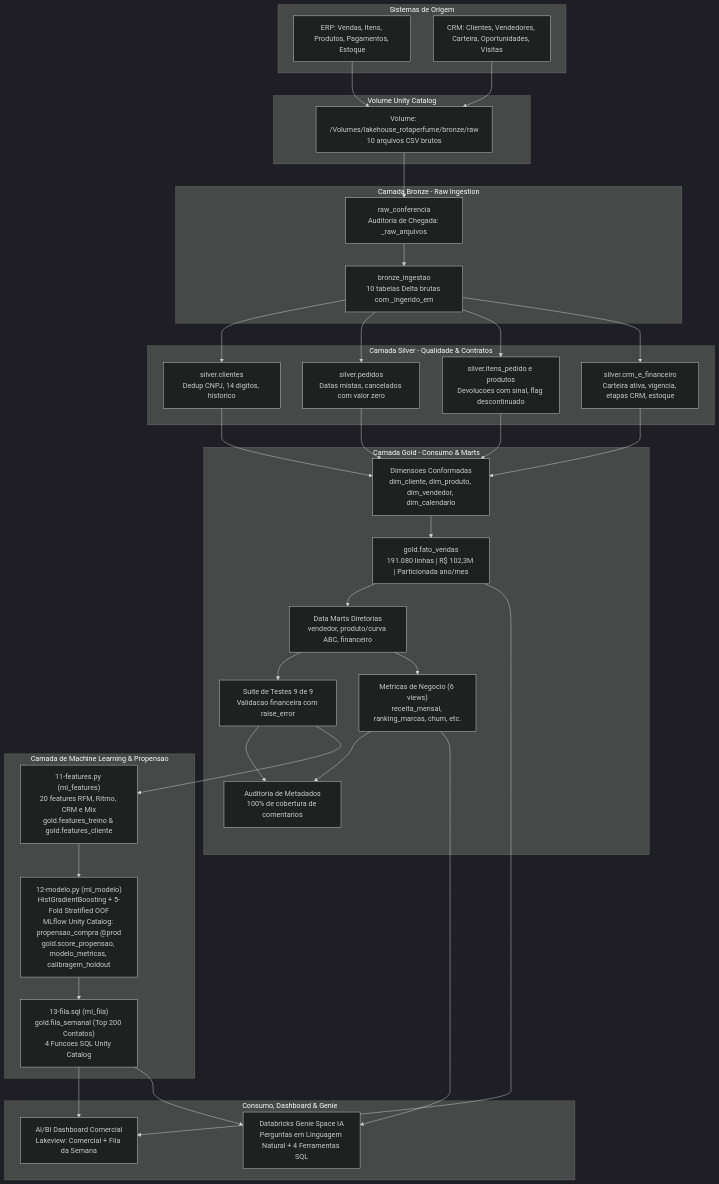
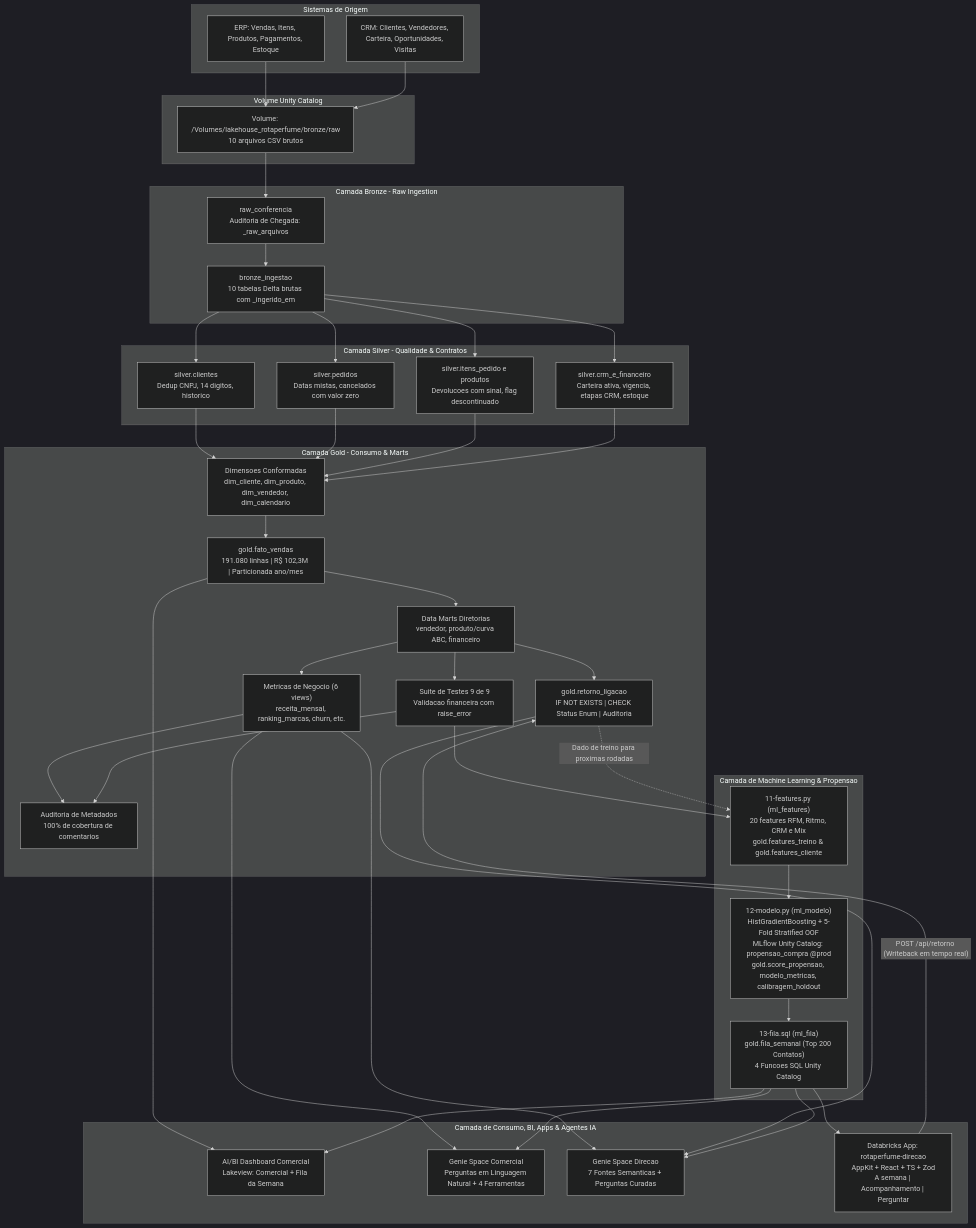
The diagram in README.md (oemeferreira/LakeHousePerfumes), drawn with Mermaid (dark theme) before and after one commit. The commit also changed other lines of this file and 59 other files, not shown here.

Commit message:
feat(apps): adiciona Databricks App rotaperfume-direcao, Genie Direcao, gold.retorno_ligacao e documentacao completa

````diff
--- a/README.md
+++ b/README.md
@@ -44,45 +48,50 @@
 ```mermaid
 flowchart TD
     subgraph Sources [Sistemas de Origem]
         ERP["ERP: Vendas, Itens, Produtos, Pagamentos, Estoque"]
         CRM["CRM: Clientes, Vendedores, Carteira, Oportunidades, Visitas"]
     end
 
     subgraph Landing [Volume Unity Catalog]
         RAW["Volume: /Volumes/lakehouse_rotaperfume/bronze/raw<br/>10 arquivos CSV brutos"]
         ERP --> RAW
         CRM --> RAW
     end
 
     subgraph Bronze_Layer [Camada Bronze - Raw Ingestion]
         RAW --> CONF["raw_conferencia<br/>Auditoria de Chegada: _raw_arquivos"]
         CONF --> ING["bronze_ingestao<br/>10 tabelas Delta brutas com _ingerido_em"]
     end
 
     subgraph Silver_Layer [Camada Silver - Qualidade & Contratos]
         ING --> S_CLI["silver.clientes<br/>Dedup CNPJ, 14 digitos, historico"]
         ING --> S_PED["silver.pedidos<br/>Datas mistas, cancelados com valor zero"]
         ING --> S_PROD["silver.itens_pedido e produtos<br/>Devolucoes com sinal, flag descontinuado"]
         ING --> S_CRM["silver.crm_e_financeiro<br/>Carteira ativa, vigencia, etapas CRM, estoque"]
     end
 
     subgraph Gold_Layer [Camada Gold - Consumo & Marts]
         S_CLI & S_PED & S_PROD & S_CRM --> G_DIM["Dimensoes Conformadas<br/>dim_cliente, dim_produto, dim_vendedor, dim_calendario"]
         G_DIM --> G_FATO["gold.fato_vendas<br/>191.080 linhas | R$ 102,3M | Particionada ano/mes"]
         G_FATO --> G_MARTS["Data Marts Diretorias<br/>vendedor, produto/curva ABC, financeiro"]
+        G_MARTS --> G_RET["gold.retorno_ligacao<br/>IF NOT EXISTS | CHECK Status Enum | Auditoria"]
         G_MARTS --> G_TEST["Suite de Testes 9 de 9<br/>Validacao financeira com raise_error"]
         G_MARTS --> G_VIEWS["Metricas de Negocio (6 views)<br/>receita_mensal, ranking_marcas, churn, etc."]
         G_VIEWS & G_TEST --> G_AUDIT["Auditoria de Metadados<br/>100% de cobertura de comentarios"]
     end
 
     subgraph ML_Layer [Camada de Machine Learning & Propensao]
         G_TEST --> ML_FEAT["11-features.py (ml_features)<br/>20 features RFM, Ritmo, CRM e Mix<br/>gold.features_treino & gold.features_cliente"]
         ML_FEAT --> ML_MOD["12-modelo.py (ml_modelo)<br/>HistGradientBoosting + 5-Fold Stratified OOF<br/>MLflow Unity Catalog: propensao_compra @prod<br/>gold.score_propensao, modelo_metricas, calibragem_holdout"]
         ML_MOD --> ML_FILA["13-fila.sql (ml_fila)<br/>gold.fila_semanal (Top 200 Contatos)<br/>4 Funcoes SQL Unity Catalog"]
     end
 
-    subgraph Analytics_AI [Consumo, Dashboard & Genie]
+    subgraph Consumption [Camada de Consumo, BI, Apps & Agentes IA]
         G_FATO & ML_FILA --> DASH["AI/BI Dashboard Comercial<br/>Lakeview: Comercial + Fila da Semana"]
-        G_VIEWS & ML_FILA --> GENIE["Databricks Genie Space IA<br/>Perguntas em Linguagem Natural + 4 Ferramentas SQL"]
+        G_VIEWS & ML_FILA --> GENIE_C["Genie Space Comercial<br/>Perguntas em Linguagem Natural + 4 Ferramentas"]
+        G_VIEWS & G_RET & ML_FILA --> GENIE_D["Genie Space Direcao<br/>7 Fontes Semanticas + Perguntas Curadas"]
+        ML_FILA --> APP["Databricks App: rotaperfume-direcao<br/>AppKit + React + TS + Zod<br/>A semana | Acompanhamento | Perguntar"]
+        APP -- "POST /api/retorno (Writeback em tempo real)" --> G_RET
+        G_RET -. "Dado de treino para proximas rodadas" .-> ML_FEAT
     end
 ```
````
